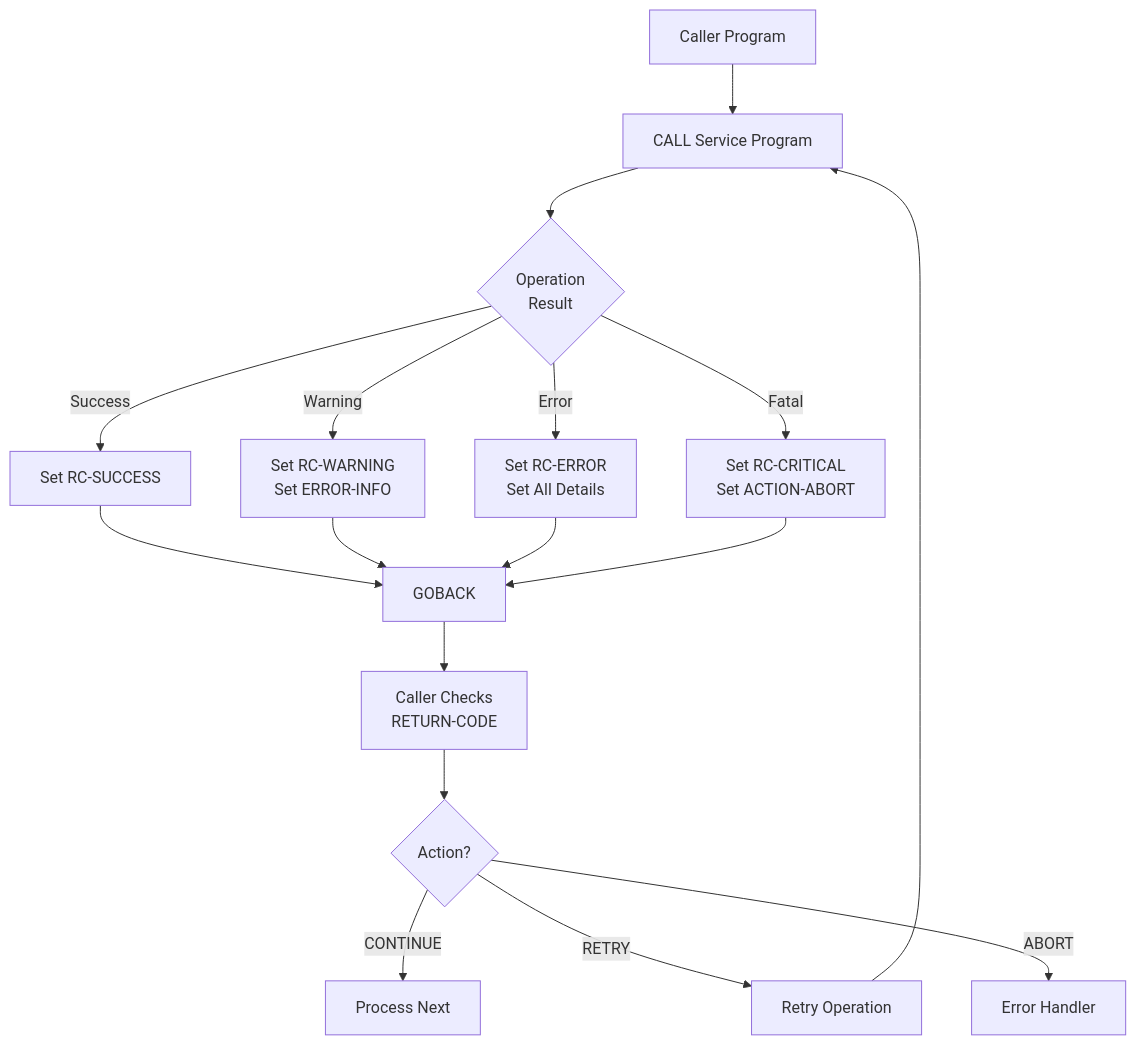
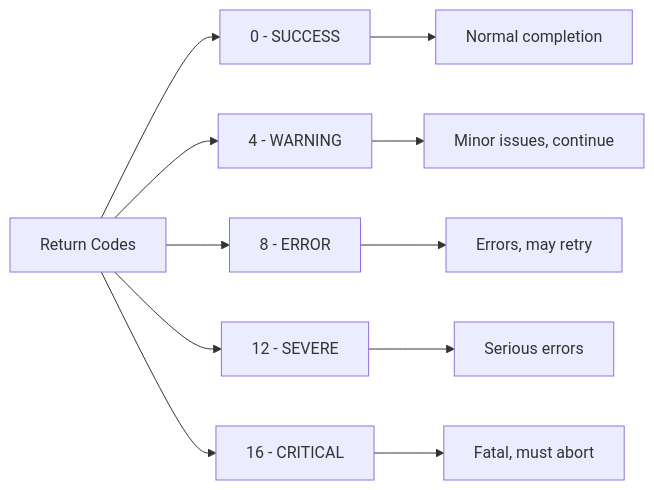
The first of 3 diagrams in docs/copybooks/RETHND.mdx (haladir-com/legacy-benchmark-docs-vb70e1), drawn with Mermaid before and after one commit. The commit also changed other lines of this file and 63 other files, not shown here.

````diff
--- a/docs/copybooks/RETHND.mdx
+++ b/docs/copybooks/RETHND.mdx
@@ -246,24 +60,14 @@
 ```mermaid
-graph TD
-    A["Caller Program"] --> B["CALL Service Program"]
-    B --> C{"Operation<br/>Result"}
+graph LR
+    A[Return Codes] --> B["0 - SUCCESS"]
+    A --> C["4 - WARNING"]
+    A --> D["8 - ERROR"]
+    A --> E["12 - SEVERE"]
+    A --> F["16 - CRITICAL"]
     
-    C -->|"Success"| D["Set RC-SUCCESS"]
-    C -->|"Warning"| E["Set RC-WARNING<br/>Set ERROR-INFO"]
-    C -->|"Error"| F["Set RC-ERROR<br/>Set All Details"]
-    C -->|"Fatal"| G["Set RC-CRITICAL<br/>Set ACTION-ABORT"]
-    
-    D --> H["GOBACK"]
-    E --> H
-    F --> H
-    G --> H
-    
-    H --> I["Caller Checks<br/>RETURN-CODE"]
-    I --> J{"Action?"}
-    
-    J -->|"CONTINUE"| K["Process Next"]
-    J -->|"RETRY"| L["Retry Operation"]
-    J -->|"ABORT"| M["Error Handler"]
-    
-    L --> B
+    B --> B1[Normal completion]
+    C --> C1[Minor issues, continue]
+    D --> D1[Errors, may retry]
+    E --> E1[Serious errors]
+    F --> F1[Fatal, must abort]
 ```
````
